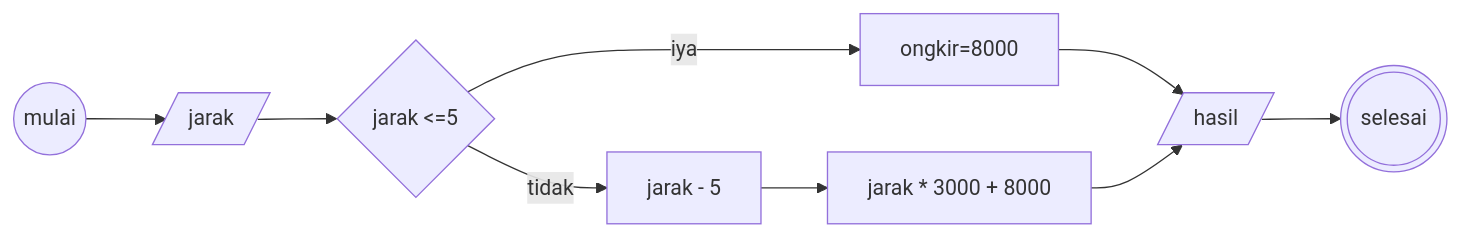
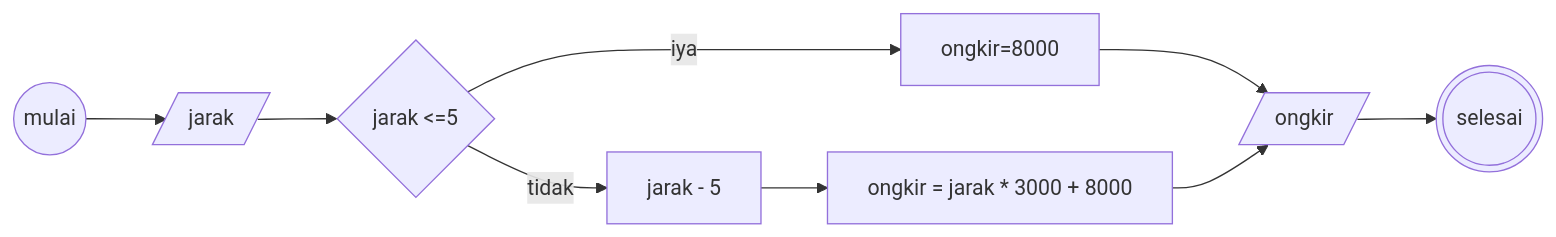
Before and after one commit to abdullah-fikri/koda-b4-algoritma: the diagram in minitask8.md, drawn with Mermaid.

````diff
--- a/minitask8.md
+++ b/minitask8.md
@@ -3,12 +3,12 @@
 ```mermaid
 flowchart LR
 a@{ shape: circle, label: "mulai"} -->
 b@{ shape: lean-r, label: "jarak"} -->
 c@{ shape: diamond, label: "jarak  <=5 "} --iya-->
 d@{ shape: rect , label: " ongkir=8000"}--> f
 c --tidak--> e@{ shape: rect , label: "jarak - 5 "}-->
-h@{ shape: rect , label: "jarak * 3000 + 8000"}-->
+h@{ shape: rect , label: "ongkir = jarak * 3000 + 8000"}-->
 
-f@{ shape: lean-r , label: "hasil"} -->
+f@{ shape: lean-r , label: "ongkir"} -->
 g@{ shape: dbl-circ , label: "selesai"} 
 ```
````
